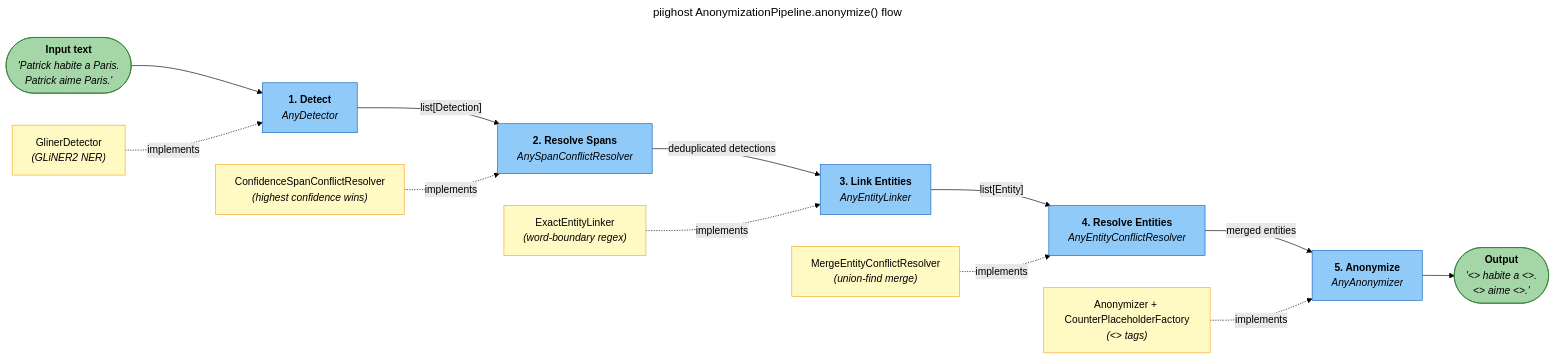
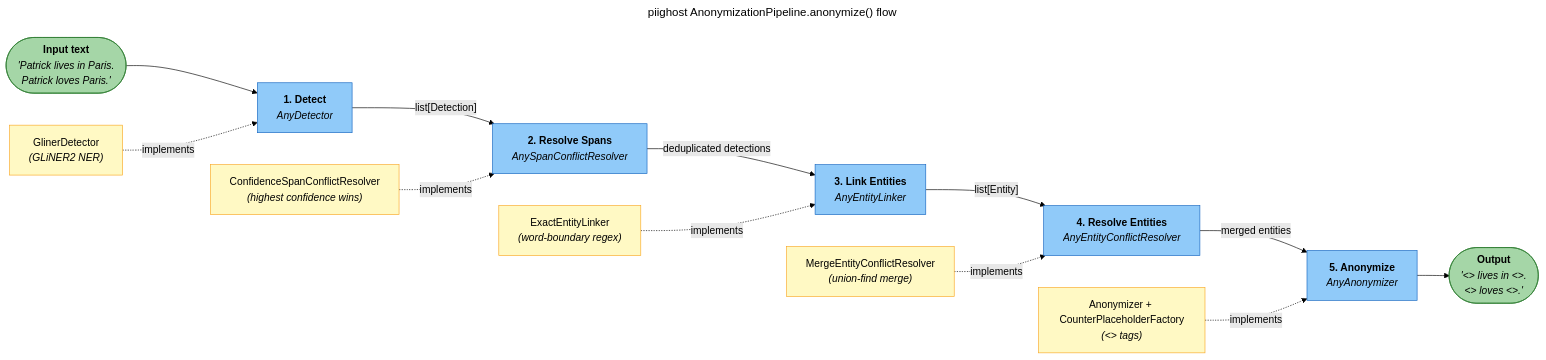
Before and after one commit to Athroniaeth/piighost: the first of 2 diagrams in README.md, drawn with Mermaid (forest theme). The commit also changed other lines of this file and 24 other files, not shown here.

````diff
--- a/README.md
+++ b/README.md
@@ -140,52 +166,52 @@
 ```mermaid
 ---
 title: "piighost AnonymizationPipeline.anonymize() flow"
 ---
 flowchart LR
     classDef stage fill:#90CAF9,stroke:#1565C0,color:#000
     classDef protocol fill:#FFF9C4,stroke:#F9A825,color:#000
     classDef data fill:#A5D6A7,stroke:#2E7D32,color:#000
 
     INPUT(["`**Input text**
-    _'Patrick habite a Paris.
-    Patrick aime Paris.'_`"]):::data
+    _'Patrick lives in Paris.
+    Patrick loves Paris.'_`"]):::data
 
     DETECT["`**1. Detect**
     _AnyDetector_`"]:::stage
     RESOLVE_SPANS["`**2. Resolve Spans**
     _AnySpanConflictResolver_`"]:::stage
     LINK["`**3. Link Entities**
     _AnyEntityLinker_`"]:::stage
     RESOLVE_ENTITIES["`**4. Resolve Entities**
     _AnyEntityConflictResolver_`"]:::stage
     ANONYMIZE["`**5. Anonymize**
     _AnyAnonymizer_`"]:::stage
 
     OUTPUT(["`**Output**
-    _'<<PERSON_1>> habite a <<LOCATION_1>>.
-    <<PERSON_1>> aime <<LOCATION_1>>.'_`"]):::data
+    _'<<PERSON_1>> lives in <<LOCATION_1>>.
+    <<PERSON_1>> loves <<LOCATION_1>>.'_`"]):::data
 
     INPUT --> DETECT
     DETECT -- "list[Detection]" --> RESOLVE_SPANS
     RESOLVE_SPANS -- "deduplicated detections" --> LINK
     LINK -- "list[Entity]" --> RESOLVE_ENTITIES
     RESOLVE_ENTITIES -- "merged entities" --> ANONYMIZE
     ANONYMIZE --> OUTPUT
 
     P_DETECT["`GlinerDetector
     _(GLiNER2 NER)_`"]:::protocol
     P_RESOLVE_SPANS["`ConfidenceSpanConflictResolver
     _(highest confidence wins)_`"]:::protocol
     P_LINK["`ExactEntityLinker
     _(word-boundary regex)_`"]:::protocol
     P_RESOLVE_ENTITIES["`MergeEntityConflictResolver
     _(union-find merge)_`"]:::protocol
     P_ANONYMIZE["`Anonymizer + CounterPlaceholderFactory
     _(<<LABEL_N>> tags)_`"]:::protocol
 
     P_DETECT -. "implements" .-> DETECT
     P_RESOLVE_SPANS -. "implements" .-> RESOLVE_SPANS
     P_LINK -. "implements" .-> LINK
     P_RESOLVE_ENTITIES -. "implements" .-> RESOLVE_ENTITIES
     P_ANONYMIZE -. "implements" .-> ANONYMIZE
 ```
````
